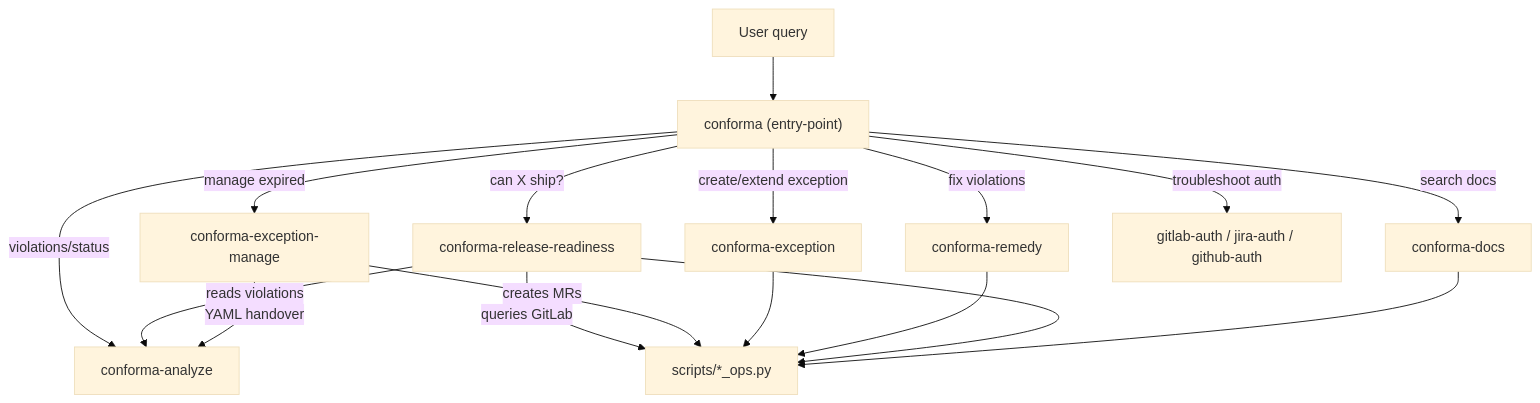
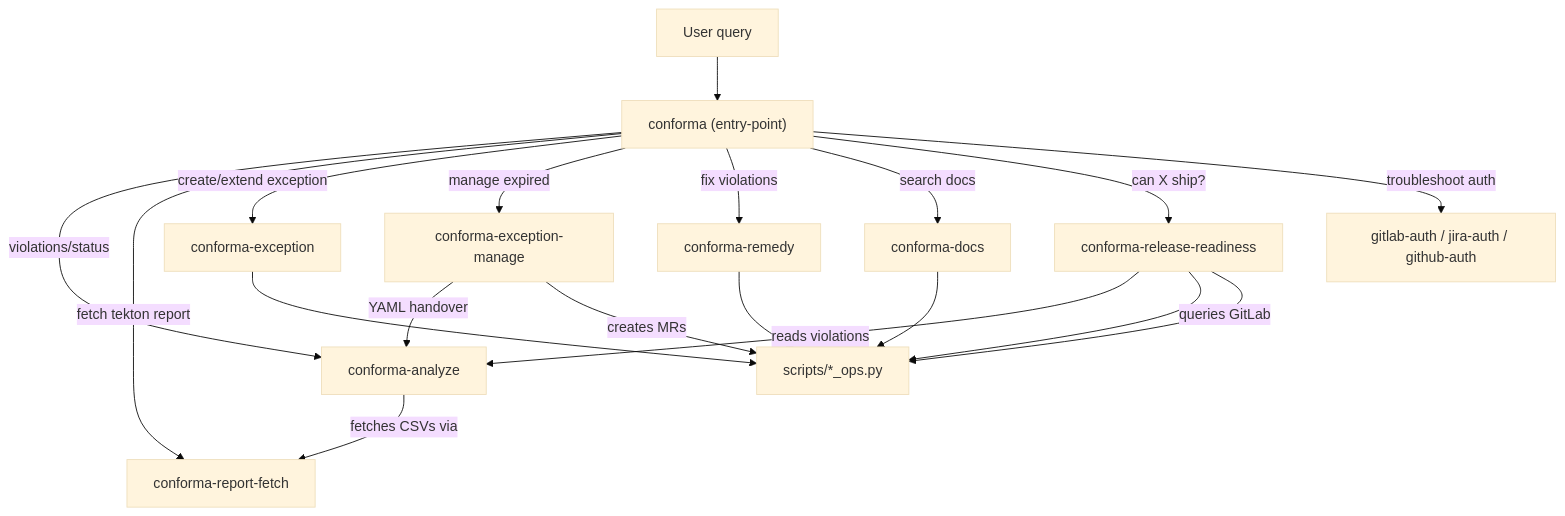
Before and after one commit to opendatahub-io/aiops-infra: the diagram in ARCHITECTURE.md, drawn with Mermaid (base theme). The commit also changed other lines of this file and 16 other files, not shown here.

First line of the commit message:
Enhance architecture and documentation for conforma skills

````diff
--- a/ARCHITECTURE.md
+++ b/ARCHITECTURE.md
@@ -19,20 +19,22 @@
 ```mermaid
 flowchart TD
     user[User query] --> entry["conforma (entry-point)"]
     entry -->|"violations/status"| analyze["conforma-analyze"]
+    entry -->|"fetch tekton report"| reportFetch["conforma-report-fetch"]
+    analyze -->|"fetches CSVs via"| reportFetch
     entry -->|"create/extend exception"| exception["conforma-exception"]
     entry -->|"manage expired"| manage["conforma-exception-manage"]
     entry -->|"fix violations"| remedy["conforma-remedy"]
     entry -->|"search docs"| docs["conforma-docs"]
     entry -->|"can X ship?"| readiness["conforma-release-readiness"]
     entry -->|"troubleshoot auth"| auth["gitlab-auth / jira-auth / github-auth"]
 
     readiness -->|"reads violations"| analyze
     readiness -->|"queries GitLab"| sharedScripts
     manage -->|"YAML handover"| analyze
     manage -->|"creates MRs"| sharedScripts["scripts/*_ops.py"]
     exception --> sharedScripts
     remedy --> sharedScripts
     readiness --> sharedScripts
     docs --> sharedScripts
 ```
````
